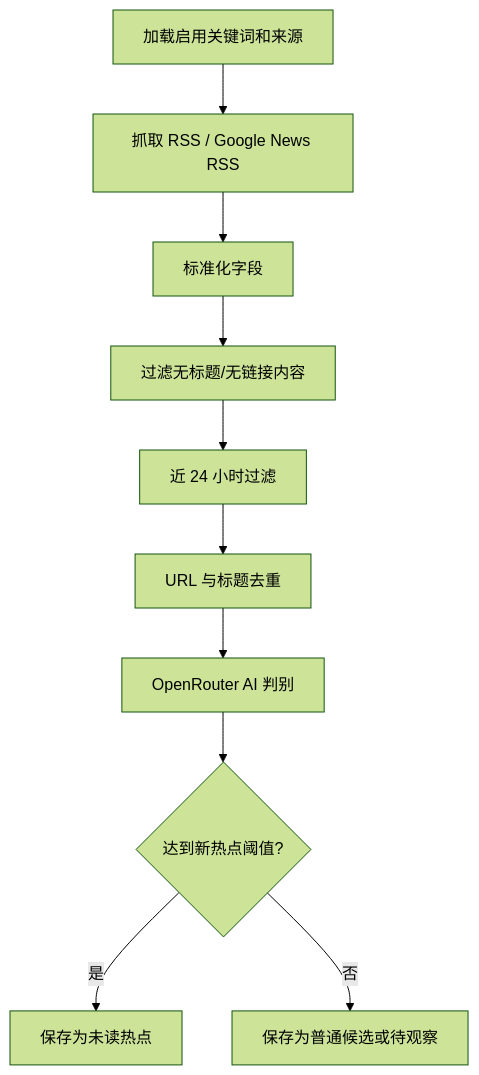
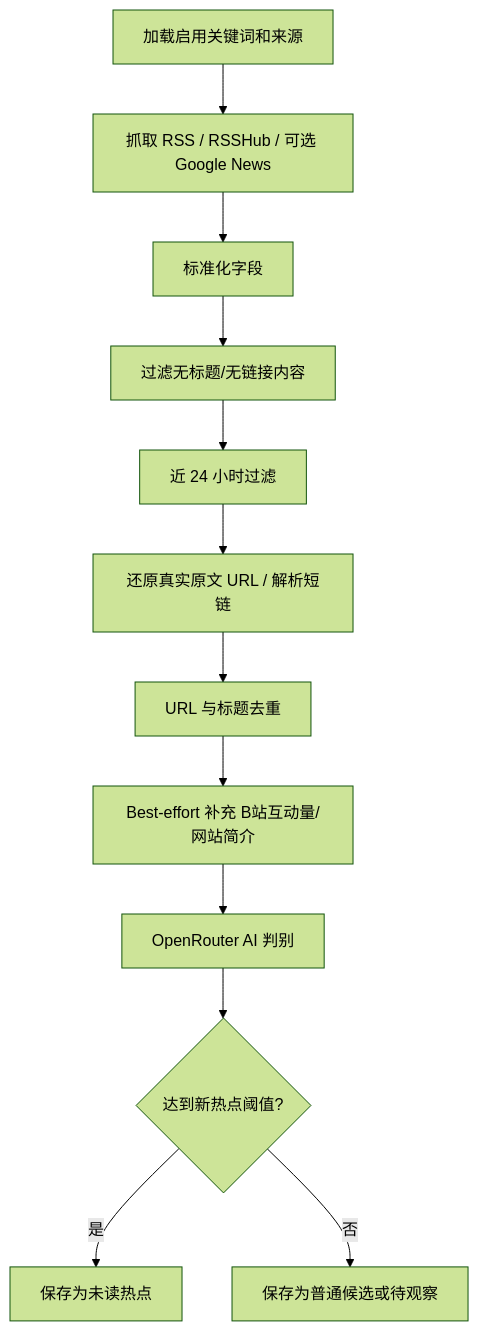
Before and after one commit to AUYEUNGSkate/-: the diagram in docs/source-plan.md, drawn with Mermaid (forest theme). The commit also changed other lines of this file and 15 other files, not shown here.

````diff
--- a/docs/source-plan.md
+++ b/docs/source-plan.md
@@ -127,12 +148,14 @@
 ```mermaid
 flowchart TD
-  A["加载启用关键词和来源"] --> B["抓取 RSS / Google News RSS"]
+  A["加载启用关键词和来源"] --> B["抓取 RSS / RSSHub / 可选 Google News"]
   B --> C["标准化字段"]
   C --> D["过滤无标题/无链接内容"]
   D --> E["近 24 小时过滤"]
-  E --> F["URL 与标题去重"]
-  F --> G["OpenRouter AI 判别"]
-  G --> H{"达到新热点阈值?"}
-  H -->|是| I["保存为未读热点"]
-  H -->|否| J["保存为普通候选或待观察"]
+  E --> F["还原真实原文 URL / 解析短链"]
+  F --> G["URL 与标题去重"]
+  G --> H["Best-effort 补充 B站互动量/网站简介"]
+  H --> I["OpenRouter AI 判别"]
+  I --> J{"达到新热点阈值?"}
+  J -->|是| K["保存为未读热点"]
+  J -->|否| L["保存为普通候选或待观察"]
 ```
````
